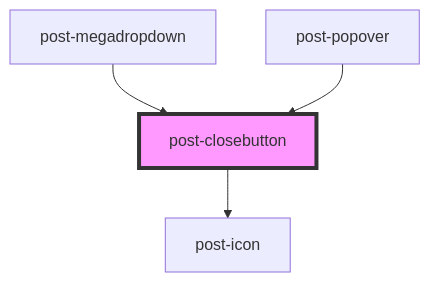
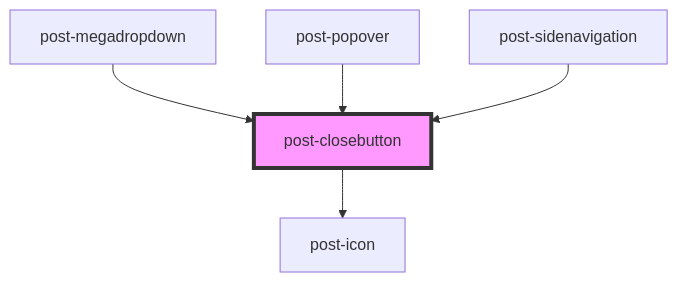
The diagram in packages/components/src/components/post-closebutton/readme.md (swisspost/design-system), drawn with Mermaid before and after one commit. The commit also changed other lines of this file and 14 other files, not shown here.

Commit message:
feat(component): add `post-sidenavigation`

````diff
--- a/packages/components/src/components/post-closebutton/readme.md
+++ b/packages/components/src/components/post-closebutton/readme.md
@@ -34,7 +35,8 @@
 ```mermaid
 graph TD;
   post-closebutton --> post-icon
   post-megadropdown --> post-closebutton
   post-popover --> post-closebutton
+  post-sidenavigation --> post-closebutton
   style post-closebutton fill:#f9f,stroke:#333,stroke-width:4px
 ```
````
